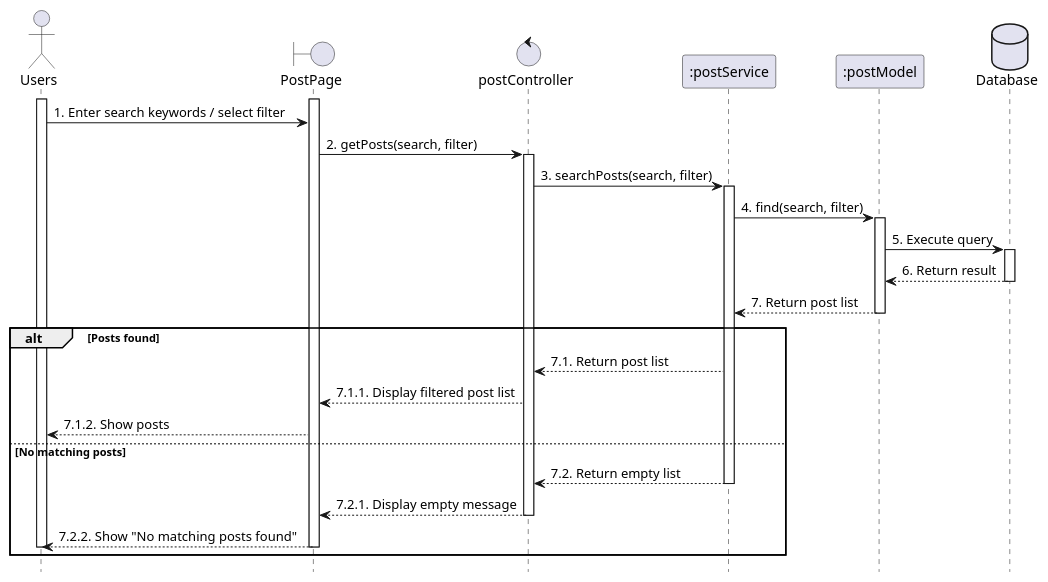
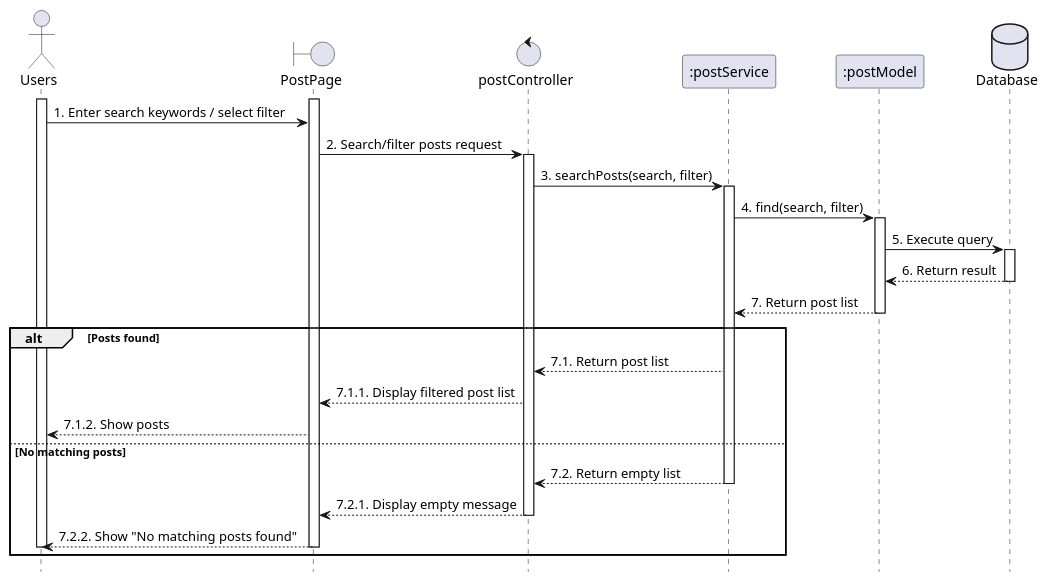
The diagram in planuml/web/89_search_filterPost.puml (VietDurian/VietDurian), drawn with PlantUML before and after one commit. The commit also changed 33 other files, not shown here.

```diff
--- a/planuml/web/89_search_filterPost.puml
+++ b/planuml/web/89_search_filterPost.puml
@@ -1,46 +1,46 @@
 @startuml 85_viewPostList
 skinparam shadowing false
 skinparam sequenceArrowThickness 1
 hide footbox
 
 actor Farmer as "Users"
 boundary PostPage as UI 
 control postController as Controller 
 participant ":postService" as Service 
 participant ":postModel" as Model 
 database Database as DB 
 
 activate Farmer
 activate UI
 
 ' ===== Search / Filter =====
 Farmer -> UI : 1. Enter search keywords / select filter
-UI -> Controller : 2. getPosts(search, filter)
+UI -> Controller : 2. Search/filter posts request
 activate Controller
 
 Controller -> Service : 3. searchPosts(search, filter)
 activate Service
 Service -> Model : 4. find(search, filter)
 activate Model
 Model -> DB : 5. Execute query
 activate DB
 DB --> Model : 6. Return result
 deactivate DB
 Model --> Service : 7. Return post list
 deactivate Model
 
 alt Posts found
     Service --> Controller : 7.1. Return post list
     Controller --> UI : 7.1.1. Display filtered post list
     UI --> Farmer : 7.1.2. Show posts
 else No matching posts
     Service --> Controller : 7.2. Return empty list
     deactivate Service
     Controller --> UI : 7.2.1. Display empty message
     deactivate Controller
     UI --> Farmer : 7.2.2. Show "No matching posts found"
     deactivate UI
     deactivate Farmer
 end
 
 @enduml
```
